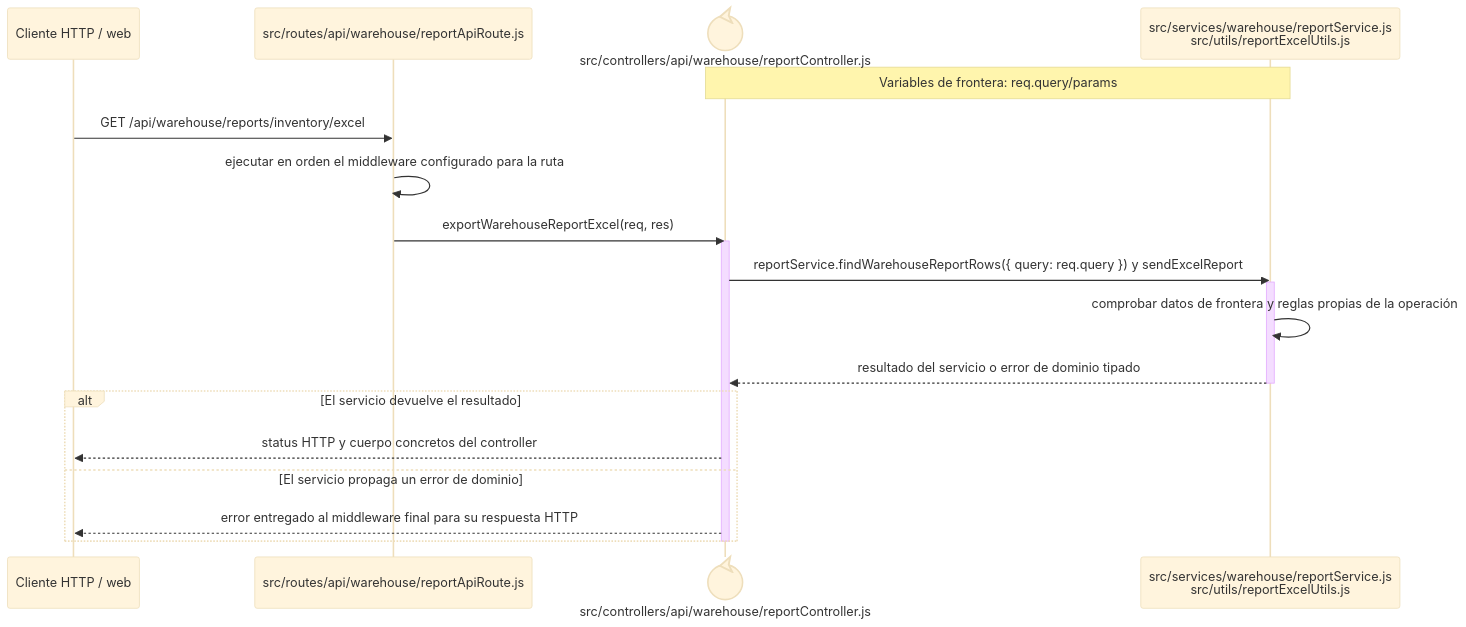
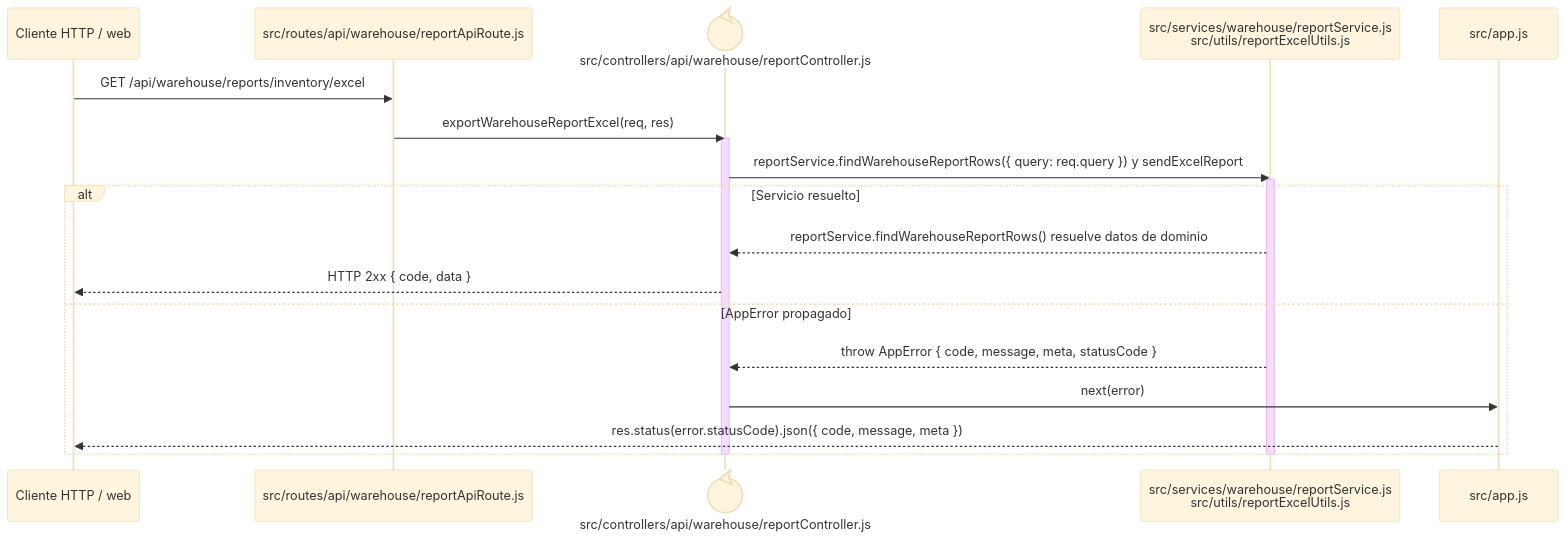
One commit to gpgsistemas01/nexus changed the diagram in docs/architecture/backend-code-sequences/catalogs/cu-alm-06.md. Above: the diagram before and after it, drawn with Mermaid (base theme). The commit also changed 148 other files, not shown here.

````diff
--- a/docs/architecture/backend-code-sequences/catalogs/cu-alm-06.md
+++ b/docs/architecture/backend-code-sequences/catalogs/cu-alm-06.md
@@ -6,24 +6,24 @@
 ```mermaid
 sequenceDiagram
     participant Client as Cliente HTTP / web
     participant Route as src/routes/api/warehouse/reportApiRoute.js
     participant Controller@{ "type": "control" } as src/controllers/api/warehouse/reportController.js
     participant Domain as src/services/warehouse/reportService.js<br/>src/utils/reportExcelUtils.js
-    Note over Controller,Domain: Variables de frontera: req.query/params
+    participant ErrorHandler as src/app.js
 
     Client->>Route: GET /api/warehouse/reports/inventory/excel
-    Route->>Route: ejecutar en orden el middleware configurado para la ruta
     Route->>Controller: exportWarehouseReportExcel(req, res)
     activate Controller
     Controller->>Domain: reportService.findWarehouseReportRows({ query: req.query }) y sendExcelReport
     activate Domain
-    Domain->>Domain: comprobar datos de frontera y reglas propias de la operación
-    Domain-->>Controller: resultado del servicio o error de dominio tipado
+    alt Servicio resuelto
+        Domain-->>Controller: reportService.findWarehouseReportRows() resuelve datos de dominio
+        Controller-->>Client: HTTP 2xx { code, data }
+    else AppError propagado
+        Domain-->>Controller: throw AppError { code, message, meta, statusCode }
+        Controller->>ErrorHandler: next(error)
+        ErrorHandler-->>Client: res.status(error.statusCode).json({ code, message, meta })
+    end
     deactivate Domain
-    alt El servicio devuelve el resultado
-        Controller-->>Client: status HTTP y cuerpo concretos del controller
-    else El servicio propaga un error de dominio
-        Controller-->>Client: error entregado al middleware final para su respuesta HTTP
-    end
     deactivate Controller
 ```
````
